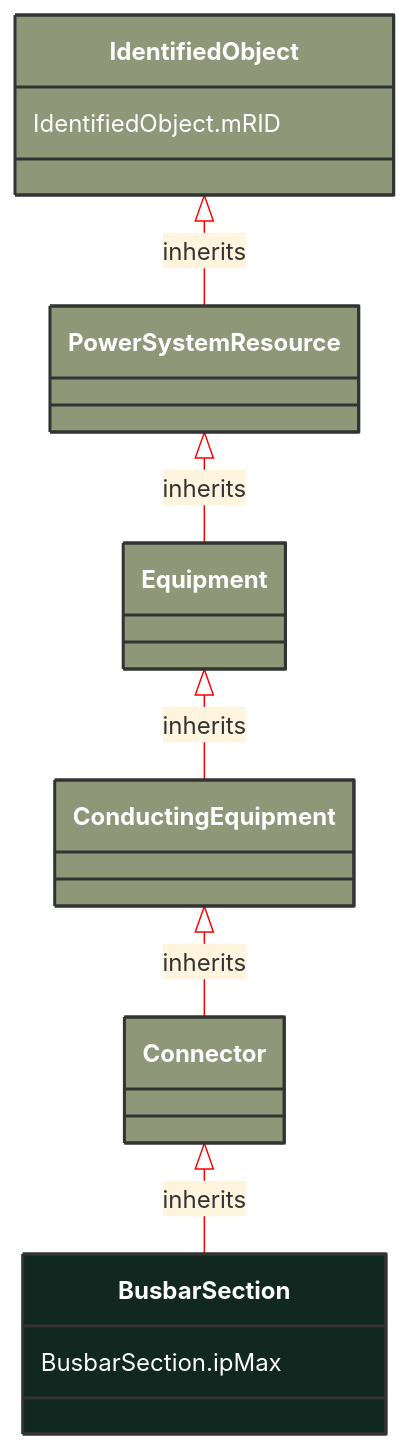
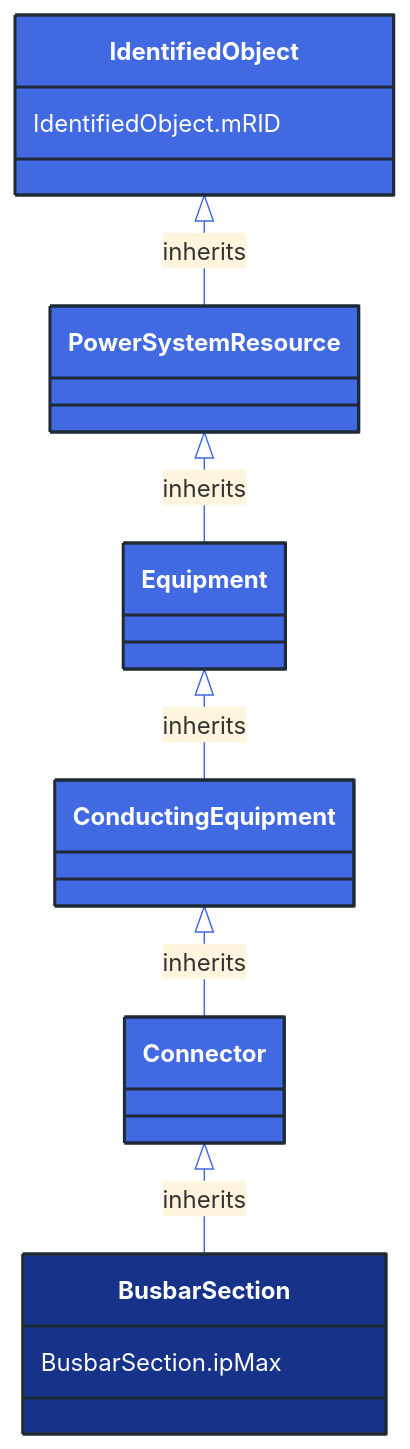
One commit to 3lbits/NoCIMExtensions changed the diagram in docs/Models/Profiles/ShortCircuit/ConcreteClasses/BusbarSection.md. Above: the diagram before and after it, drawn with Mermaid. The commit also changed 362 other files, not shown here.

First line of the commit message:
Update diagrams and styles for improved visual consistency

````diff
--- a/docs/Models/Profiles/ShortCircuit/ConcreteClasses/BusbarSection.md
+++ b/docs/Models/Profiles/ShortCircuit/ConcreteClasses/BusbarSection.md
@@ -9,32 +9,32 @@
 ```mermaid
-%%{init: {'theme':'base','themeVariables': {'lineColor': '#FF0000'}}}%%
+%%{init: {'theme':'base','themeVariables': {'lineColor': '#4169E1'}}}%%
 classDiagram
     class BusbarSection
     click BusbarSection href "/Models/Profiles/ShortCircuit/ConcreteClasses/BusbarSection/"
-    style BusbarSection fill:#102820,stroke:#333,stroke-width:2px,rx:10,ry:10,color:white
+    style BusbarSection fill:#163289,stroke:#1F2A37,stroke-width:2px,rx:10,ry:10,color:white
      
         Connector <|-- BusbarSection : inherits
             click Connector href "/Models/Profiles/ShortCircuit/AbstractClasses/Connector/"
-            style Connector fill:#8F9779,stroke:#333,stroke-width:2px,rx:10,ry:10,color:white
+            style Connector fill:#4169E1,stroke:#1F2A37,stroke-width:2px,rx:10,ry:10,color:white
      
         ConductingEquipment <|-- Connector : inherits
             click ConductingEquipment href "/Models/Profiles/ShortCircuit/AbstractClasses/ConductingEquipment/"
-            style ConductingEquipment fill:#8F9779,stroke:#333,stroke-width:2px,rx:10,ry:10,color:white
+            style ConductingEquipment fill:#4169E1,stroke:#1F2A37,stroke-width:2px,rx:10,ry:10,color:white
      
         Equipment <|-- ConductingEquipment : inherits
             click Equipment href "/Models/Profiles/ShortCircuit/AbstractClasses/Equipment/"
-            style Equipment fill:#8F9779,stroke:#333,stroke-width:2px,rx:10,ry:10,color:white
+            style Equipment fill:#4169E1,stroke:#1F2A37,stroke-width:2px,rx:10,ry:10,color:white
      
         PowerSystemResource <|-- Equipment : inherits
             click PowerSystemResource href "/Models/Profiles/ShortCircuit/AbstractClasses/PowerSystemResource/"
-            style PowerSystemResource fill:#8F9779,stroke:#333,stroke-width:2px,rx:10,ry:10,color:white
+            style PowerSystemResource fill:#4169E1,stroke:#1F2A37,stroke-width:2px,rx:10,ry:10,color:white
      
         IdentifiedObject <|-- PowerSystemResource : inherits
             click IdentifiedObject href "/Models/Profiles/ShortCircuit/AbstractClasses/IdentifiedObject/"
-            style IdentifiedObject fill:#8F9779,stroke:#333,stroke-width:2px,rx:10,ry:10,color:white
+            style IdentifiedObject fill:#4169E1,stroke:#1F2A37,stroke-width:2px,rx:10,ry:10,color:white
 
 
 
         BusbarSection : BusbarSection.ipMax
         IdentifiedObject : IdentifiedObject.mRID
 ```
````
